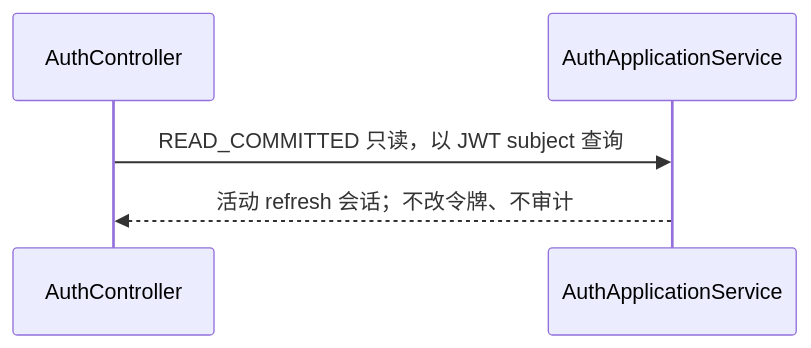
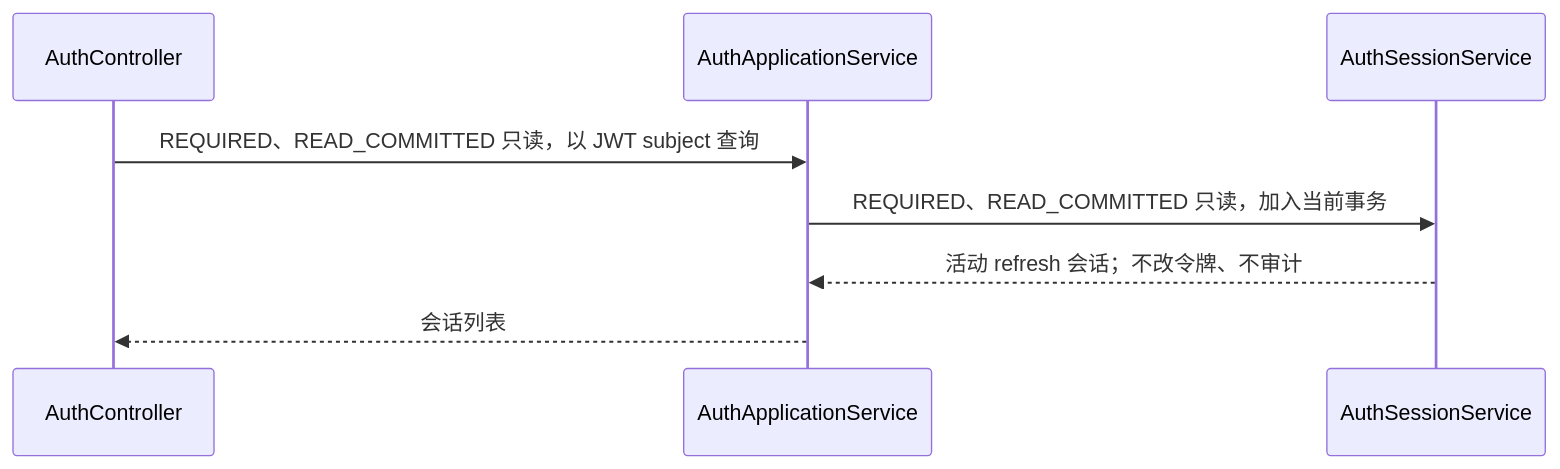
The eighth of 42 diagrams in docs/requirements/identity.md (Kylinlixd/suno), drawn with Mermaid before and after one commit. The commit also changed other lines of this file and 2 other files, not shown here.

Commit message:
docs: clarify identity and operations transaction flows

````diff
--- a/docs/requirements/identity.md
+++ b/docs/requirements/identity.md
@@ -77,7 +77,10 @@
 ```mermaid
 sequenceDiagram
   participant C as AuthController#sessions
   participant A as AuthApplicationService#listActiveSessions
-  C->>A: READ_COMMITTED 只读，以 JWT subject 查询
-  A-->>C: 活动 refresh 会话；不改令牌、不审计
+  participant S as AuthSessionService#listActiveSessions
+  C->>A: REQUIRED、READ_COMMITTED 只读，以 JWT subject 查询
+  A->>S: REQUIRED、READ_COMMITTED 只读，加入当前事务
+  S-->>A: 活动 refresh 会话；不改令牌、不审计
+  A-->>C: 会话列表
 ```
````
